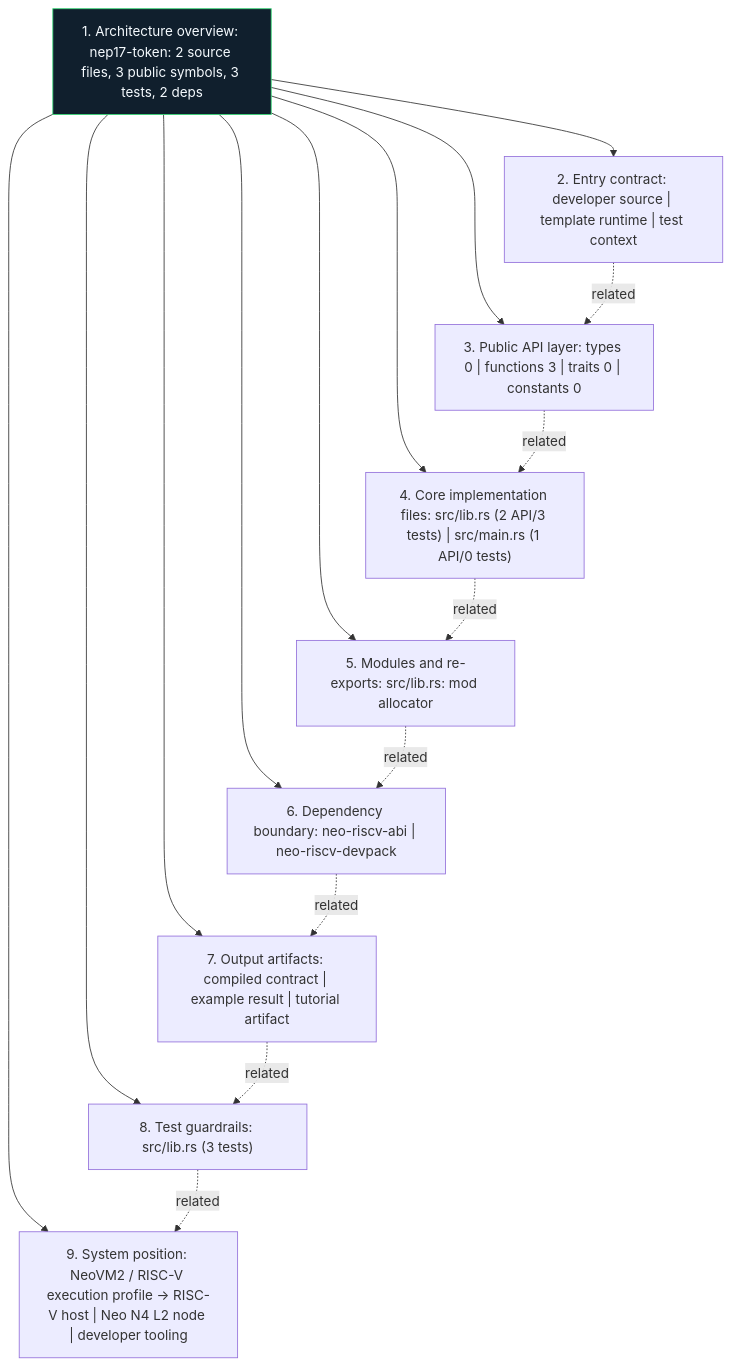
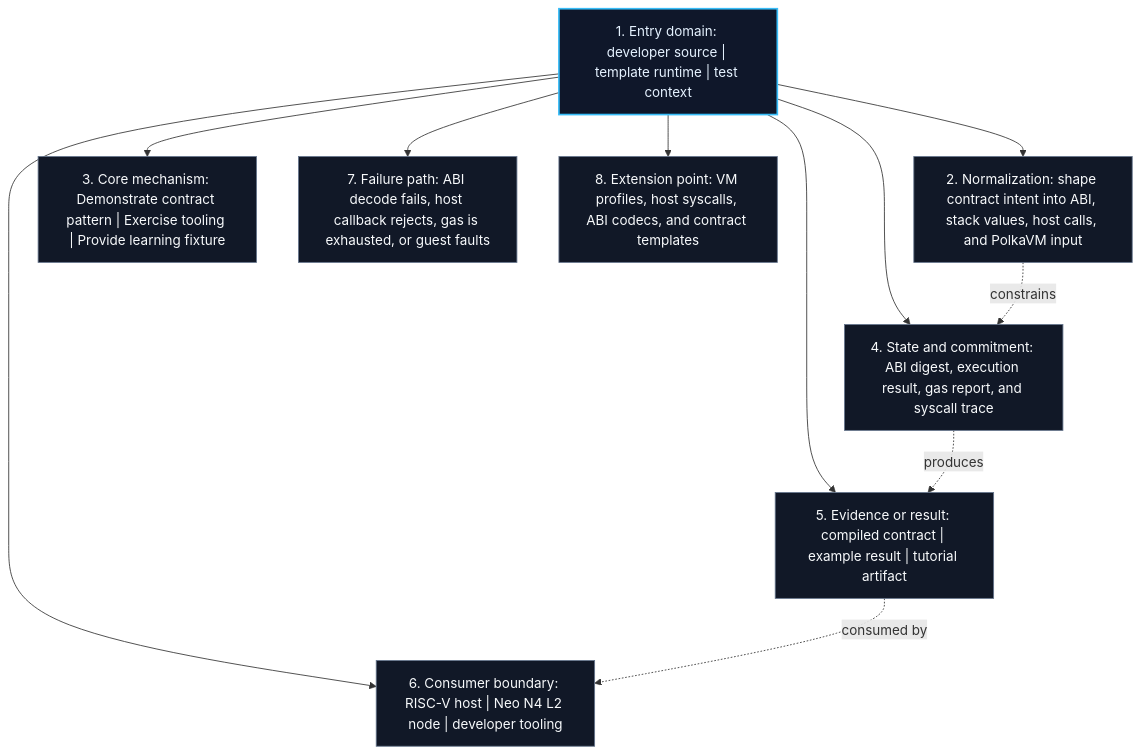
Before and after one commit to r3e-network/neo-riscv-vm: the diagram in examples/nep17-token/docs/figures/architecture.mmd, drawn with Mermaid. The commit also changed 831 other files, not shown here.

Commit message:
Replace crate diagrams with technical views

```diff
--- a/examples/nep17-token/docs/figures/architecture.mmd
+++ b/examples/nep17-token/docs/figures/architecture.mmd
@@ -1,27 +1,23 @@
 flowchart TB
-    N1["1. Architecture overview: nep17-token: 2 source files, 3 public symbols, 3 tests, 2 deps"]
-    N2["2. Entry contract: developer source | template runtime | test context"]
-    N3["3. Public API layer: types 0 | functions 3 | traits 0 | constants 0"]
-    N4["4. Core implementation files: src/lib.rs (2 API/3 tests) | src/main.rs (1 API/0 tests)"]
-    N5["5. Modules and re-exports: src/lib.rs: mod allocator"]
-    N6["6. Dependency boundary: neo-riscv-abi | neo-riscv-devpack"]
-    N7["7. Output artifacts: compiled contract | example result | tutorial artifact"]
-    N8["8. Test guardrails: src/lib.rs (3 tests)"]
-    N9["9. System position: NeoVM2 / RISC-V execution profile -> RISC-V host | Neo N4 L2 node | developer tooling"]
+    N1["1. Entry domain: developer source | template runtime | test context"]
+    N2["2. Normalization: shape contract intent into ABI, stack values, host calls, and PolkaVM input"]
+    N3["3. Core mechanism: Demonstrate contract pattern | Exercise tooling | Provide learning fixture"]
+    N4["4. State and commitment: ABI digest, execution result, gas report, and syscall trace"]
+    N5["5. Evidence or result: compiled contract | example result | tutorial artifact"]
+    N6["6. Consumer boundary: RISC-V host | Neo N4 L2 node | developer tooling"]
+    N7["7. Failure path: ABI decode fails, host callback rejects, gas is exhausted, or guest faults"]
+    N8["8. Extension point: VM profiles, host syscalls, ABI codecs, and contract templates"]
     N1 --> N2
     N1 --> N3
     N1 --> N4
     N1 --> N5
     N1 --> N6
     N1 --> N7
     N1 --> N8
-    N1 --> N9
-    N2 -. related .-> N3
-    N3 -. related .-> N4
-    N4 -. related .-> N5
-    N5 -. related .-> N6
-    N6 -. related .-> N7
-    N7 -. related .-> N8
-    N8 -. related .-> N9
-    classDef crate fill:#101f2d,stroke:#38d978,color:#f6fbff
-    class N1 crate
+    N2 -. constrains .-> N4
+    N4 -. produces .-> N5
+    N5 -. consumed by .-> N6
+    classDef core fill:#0f172a,stroke:#38bdf8,color:#e5f2ff,stroke-width:2px;
+    classDef support fill:#111827,stroke:#64748b,color:#f8fafc;
+    class N1 core;
+    class N2,N3,N4,N5,N6,N7,N8 support;
```
